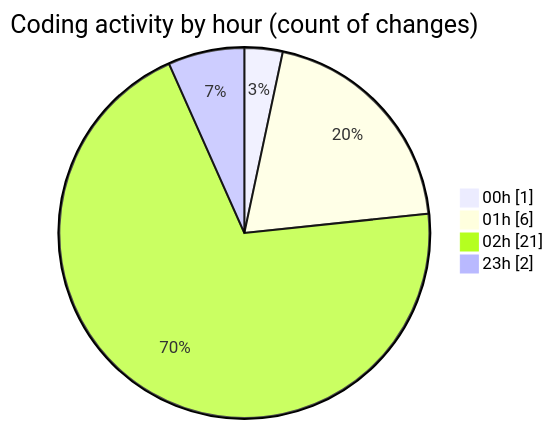
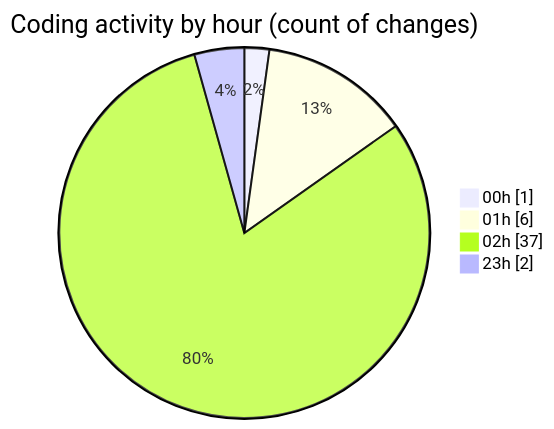
Before and after one commit to charlie-sans/code-tracking: the second of 2 diagrams in 2025-02-19/masm/README.md, drawn with Mermaid. The commit also changed other lines of this file and 1 other file, not shown here.

````diff
--- a/2025-02-19/masm/README.md
+++ b/2025-02-19/masm/README.md
@@ -34,8 +35,8 @@
 ```mermaid
 pie showData
 title Coding activity by hour (count of changes)
 "00h" : 1
 "01h" : 6
-"02h" : 21
+"02h" : 37
 "23h" : 2
 ```
````
